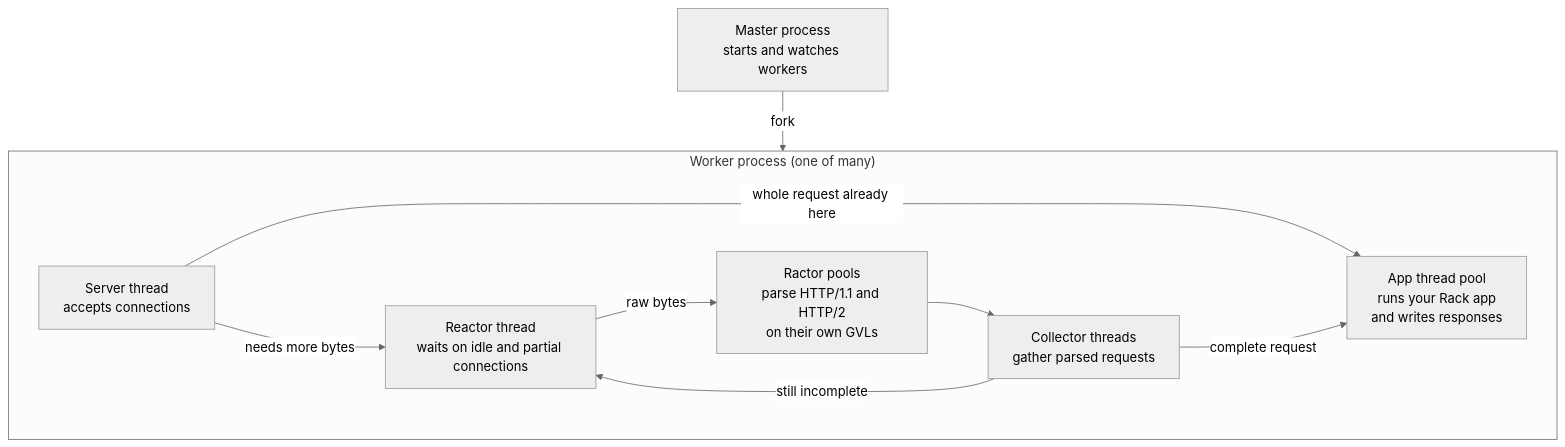
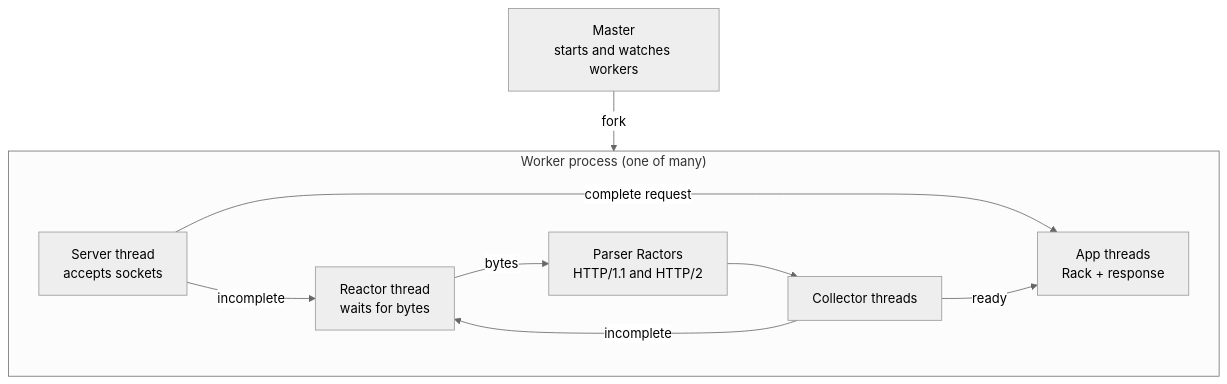
One commit to joshuay03/raptor changed the third of 18 diagrams in docs/talk.md. Above: the diagram before and after it, drawn with Mermaid (neutral theme). The commit also changed other lines of this file and 3 other files, not shown here.

````diff
--- a/docs/talk.md
+++ b/docs/talk.md
@@ -327,21 +329,21 @@
 ```mermaid
 flowchart TB
-    M["Master process<br/>starts and watches workers"]
+    M["Master<br/>starts and watches workers"]
 
     subgraph W["Worker process (one of many)"]
-        SRV["Server thread<br/>accepts connections"]
-        RCT["Reactor thread<br/>waits on idle and partial connections"]
-        RP["Ractor pools<br/>parse HTTP/1.1 and HTTP/2<br/>on their own GVLs"]
-        COL["Collector threads<br/>gather parsed requests"]
-        APP["App thread pool<br/>runs your Rack app<br/>and writes responses"]
+        SRV["Server thread<br/>accepts sockets"]
+        RCT["Reactor thread<br/>waits for bytes"]
+        RP["Parser Ractors<br/>HTTP/1.1 and HTTP/2"]
+        COL["Collector threads"]
+        APP["App threads<br/>Rack + response"]
 
-        SRV -->|"whole request already here"| APP
-        SRV -->|"needs more bytes"| RCT
-        RCT -->|"raw bytes"| RP
+        SRV -->|"complete request"| APP
+        SRV -->|"incomplete"| RCT
+        RCT -->|"bytes"| RP
         RP --> COL
-        COL -->|"complete request"| APP
-        COL -->|"still incomplete"| RCT
+        COL -->|"ready"| APP
+        COL -->|"incomplete"| RCT
     end
 
     M -->|"fork"| W
 ```
````
